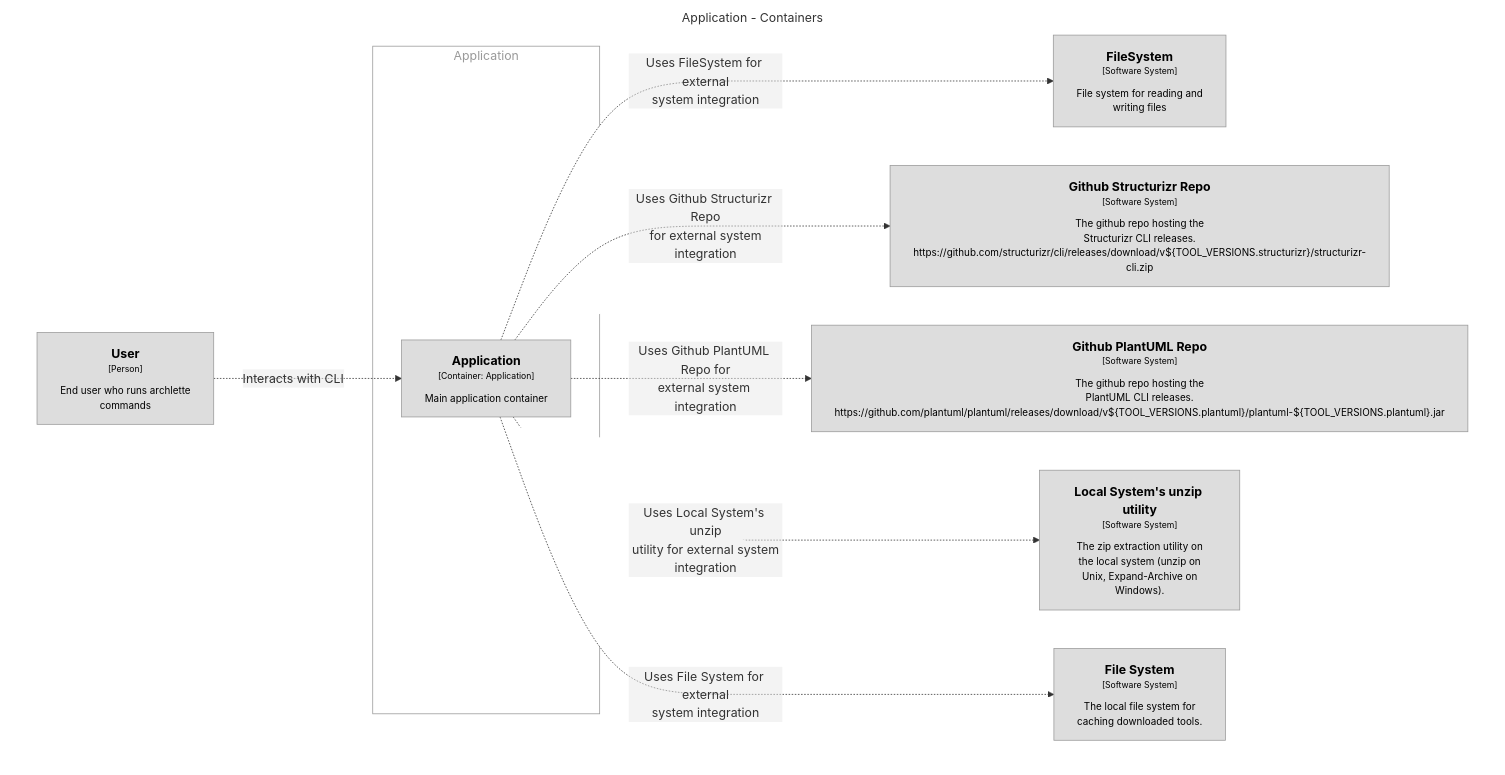
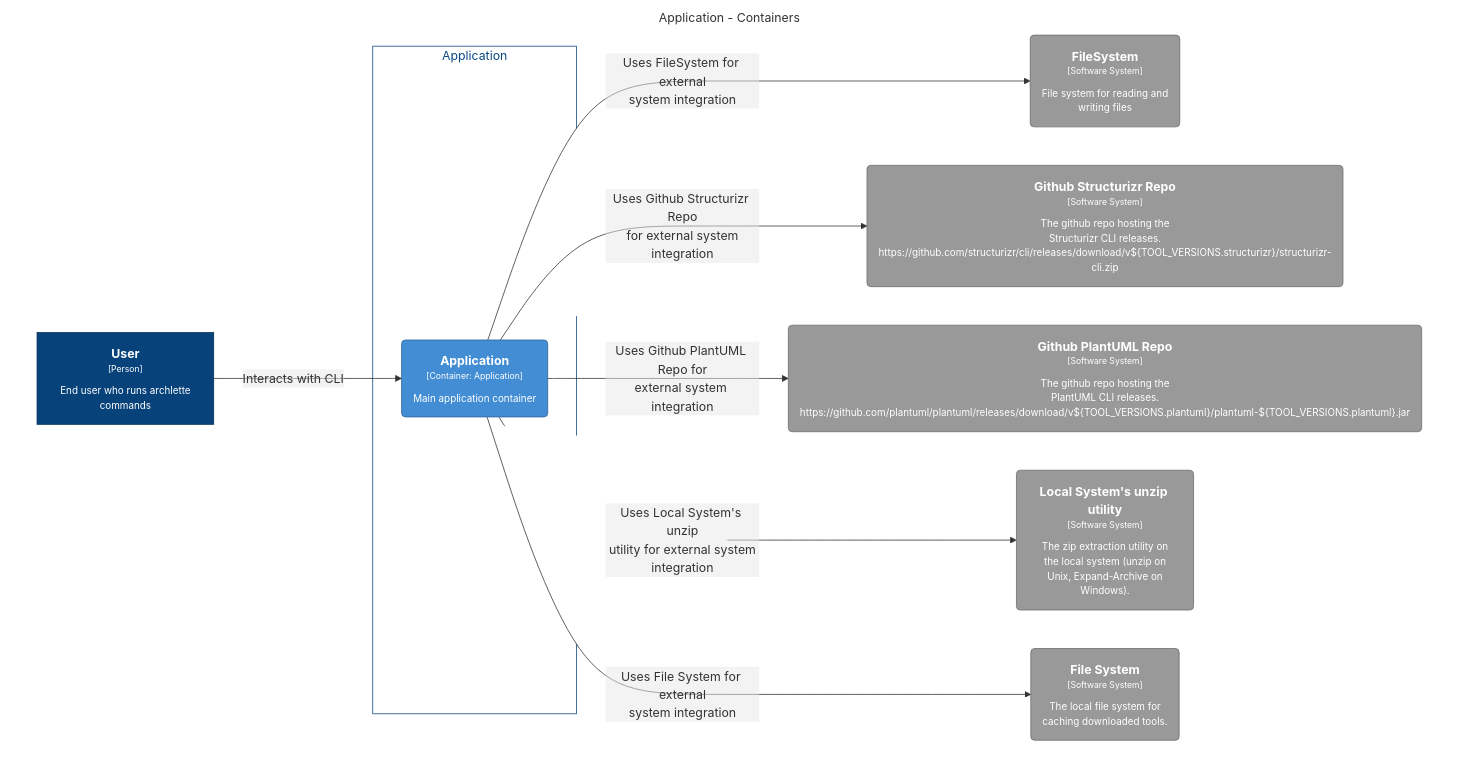
The diagram in docs/architecture/diagrams/mermaid/structurizr-Containers.mmd (chrislyons-dev/archlette), drawn with Mermaid before and after one commit. The commit also changed 187 other files, not shown here.

```diff
--- a/docs/architecture/diagrams/mermaid/structurizr-Containers.mmd
+++ b/docs/architecture/diagrams/mermaid/structurizr-Containers.mmd
@@ -1,33 +1,33 @@
 graph TB
   linkStyle default fill:#ffffff
 
   subgraph diagram ["Application - Containers"]
     style diagram fill:#ffffff,stroke:#ffffff
 
     1["<div style='font-weight: bold'>User</div><div style='font-size: 70%; margin-top: 0px'>[Person]</div><div style='font-size: 80%; margin-top:10px'>End user who runs archlette<br />commands</div>"]
-    style 1 fill:#dddddd,stroke:#9a9a9a,color:#000000
-    2["<div style='font-weight: bold'>FileSystem</div><div style='font-size: 70%; margin-top: 0px'>[Software System]</div><div style='font-size: 80%; margin-top:10px'>File system for reading and<br />writing files</div>"]
-    style 2 fill:#dddddd,stroke:#9a9a9a,color:#000000
-    3["<div style='font-weight: bold'>Github Structurizr Repo</div><div style='font-size: 70%; margin-top: 0px'>[Software System]</div><div style='font-size: 80%; margin-top:10px'>The github repo hosting the<br />Structurizr CLI releases.<br />https://github.com/structurizr/cli/releases/download/v${TOOL_VERSIONS.structurizr}/structurizr-cli.zip</div>"]
-    style 3 fill:#dddddd,stroke:#9a9a9a,color:#000000
-    4["<div style='font-weight: bold'>Github PlantUML Repo</div><div style='font-size: 70%; margin-top: 0px'>[Software System]</div><div style='font-size: 80%; margin-top:10px'>The github repo hosting the<br />PlantUML CLI releases.<br />https://github.com/plantuml/plantuml/releases/download/v${TOOL_VERSIONS.plantuml}/plantuml-${TOOL_VERSIONS.plantuml}.jar</div>"]
-    style 4 fill:#dddddd,stroke:#9a9a9a,color:#000000
-    5["<div style='font-weight: bold'>Local System's unzip utility</div><div style='font-size: 70%; margin-top: 0px'>[Software System]</div><div style='font-size: 80%; margin-top:10px'>The zip extraction utility on<br />the local system (unzip on<br />Unix, Expand-Archive on<br />Windows).</div>"]
-    style 5 fill:#dddddd,stroke:#9a9a9a,color:#000000
-    6["<div style='font-weight: bold'>File System</div><div style='font-size: 70%; margin-top: 0px'>[Software System]</div><div style='font-size: 80%; margin-top:10px'>The local file system for<br />caching downloaded tools.</div>"]
-    style 6 fill:#dddddd,stroke:#9a9a9a,color:#000000
+    style 1 fill:#08427b,stroke:#052e56,color:#ffffff
+    2("<div style='font-weight: bold'>FileSystem</div><div style='font-size: 70%; margin-top: 0px'>[Software System]</div><div style='font-size: 80%; margin-top:10px'>File system for reading and<br />writing files</div>")
+    style 2 fill:#999999,stroke:#6b6b6b,color:#ffffff
+    3("<div style='font-weight: bold'>Github Structurizr Repo</div><div style='font-size: 70%; margin-top: 0px'>[Software System]</div><div style='font-size: 80%; margin-top:10px'>The github repo hosting the<br />Structurizr CLI releases.<br />https://github.com/structurizr/cli/releases/download/v${TOOL_VERSIONS.structurizr}/structurizr-cli.zip</div>")
+    style 3 fill:#999999,stroke:#6b6b6b,color:#ffffff
+    4("<div style='font-weight: bold'>Github PlantUML Repo</div><div style='font-size: 70%; margin-top: 0px'>[Software System]</div><div style='font-size: 80%; margin-top:10px'>The github repo hosting the<br />PlantUML CLI releases.<br />https://github.com/plantuml/plantuml/releases/download/v${TOOL_VERSIONS.plantuml}/plantuml-${TOOL_VERSIONS.plantuml}.jar</div>")
+    style 4 fill:#999999,stroke:#6b6b6b,color:#ffffff
+    5("<div style='font-weight: bold'>Local System's unzip utility</div><div style='font-size: 70%; margin-top: 0px'>[Software System]</div><div style='font-size: 80%; margin-top:10px'>The zip extraction utility on<br />the local system (unzip on<br />Unix, Expand-Archive on<br />Windows).</div>")
+    style 5 fill:#999999,stroke:#6b6b6b,color:#ffffff
+    6("<div style='font-weight: bold'>File System</div><div style='font-size: 70%; margin-top: 0px'>[Software System]</div><div style='font-size: 80%; margin-top:10px'>The local file system for<br />caching downloaded tools.</div>")
+    style 6 fill:#999999,stroke:#6b6b6b,color:#ffffff
 
     subgraph 7 ["Application"]
-      style 7 fill:#ffffff,stroke:#9a9a9a,color:#9a9a9a
+      style 7 fill:#ffffff,stroke:#0b4884,color:#0b4884
 
-      8["<div style='font-weight: bold'>Application</div><div style='font-size: 70%; margin-top: 0px'>[Container: Application]</div><div style='font-size: 80%; margin-top:10px'>Main application container</div>"]
-      style 8 fill:#dddddd,stroke:#9a9a9a,color:#000000
+      8("<div style='font-weight: bold'>Application</div><div style='font-size: 70%; margin-top: 0px'>[Container: Application]</div><div style='font-size: 80%; margin-top:10px'>Main application container</div>")
+      style 8 fill:#438dd5,stroke:#2e6295,color:#ffffff
     end
 
-    8-. "<div>Uses Local System's unzip<br />utility for external system<br />integration</div><div style='font-size: 70%'></div>" .->5
-    8-. "<div>Uses File System for external<br />system integration</div><div style='font-size: 70%'></div>" .->6
-    1-. "<div>Interacts with CLI</div><div style='font-size: 70%'></div>" .->8
-    8-. "<div>Uses FileSystem for external<br />system integration</div><div style='font-size: 70%'></div>" .->2
-    8-. "<div>Uses Github Structurizr Repo<br />for external system<br />integration</div><div style='font-size: 70%'></div>" .->3
-    8-. "<div>Uses Github PlantUML Repo for<br />external system integration</div><div style='font-size: 70%'></div>" .->4
+    1-- "<div>Interacts with CLI</div><div style='font-size: 70%'></div>" -->8
+    8-- "<div>Uses FileSystem for external<br />system integration</div><div style='font-size: 70%'></div>" -->2
+    8-- "<div>Uses Github Structurizr Repo<br />for external system<br />integration</div><div style='font-size: 70%'></div>" -->3
+    8-- "<div>Uses Github PlantUML Repo for<br />external system integration</div><div style='font-size: 70%'></div>" -->4
+    8-- "<div>Uses Local System's unzip<br />utility for external system<br />integration</div><div style='font-size: 70%'></div>" -->5
+    8-- "<div>Uses File System for external<br />system integration</div><div style='font-size: 70%'></div>" -->6
   end
```
